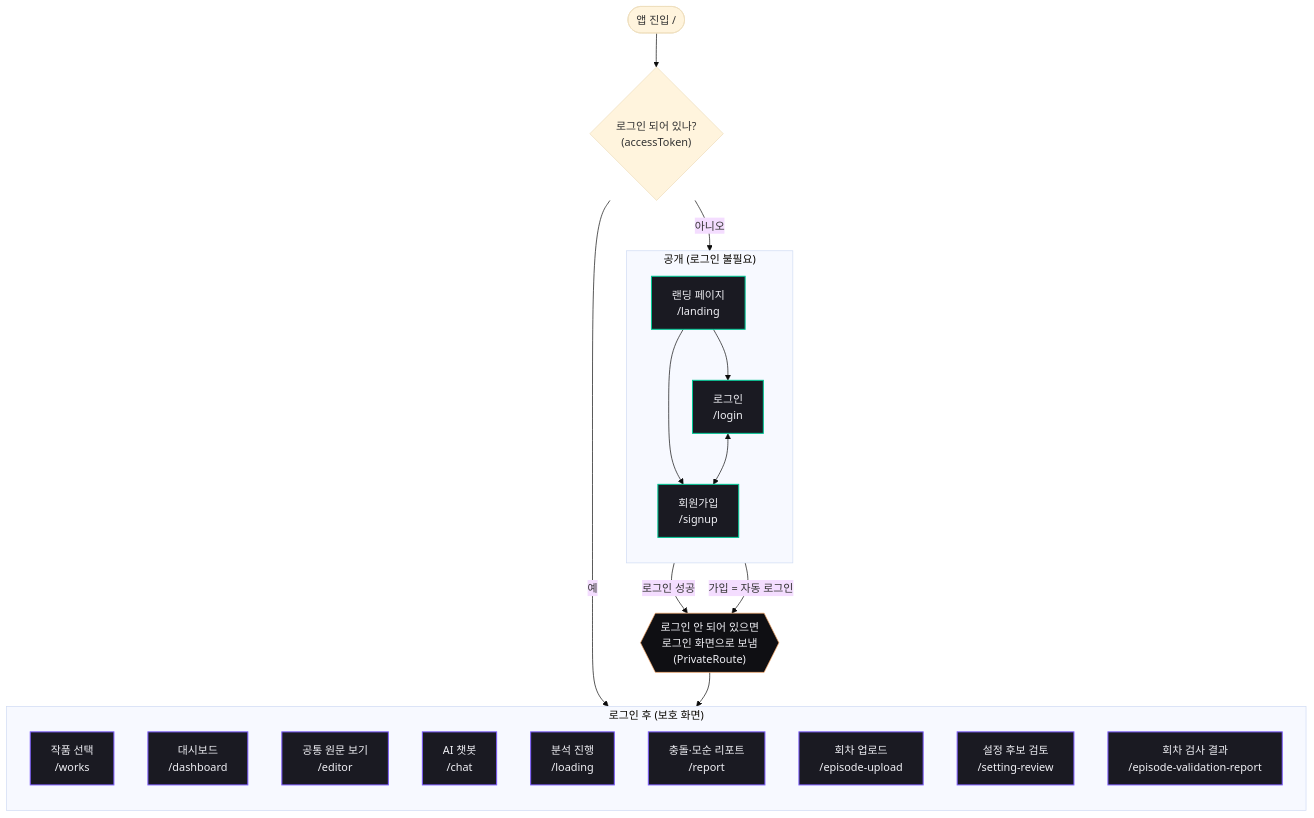
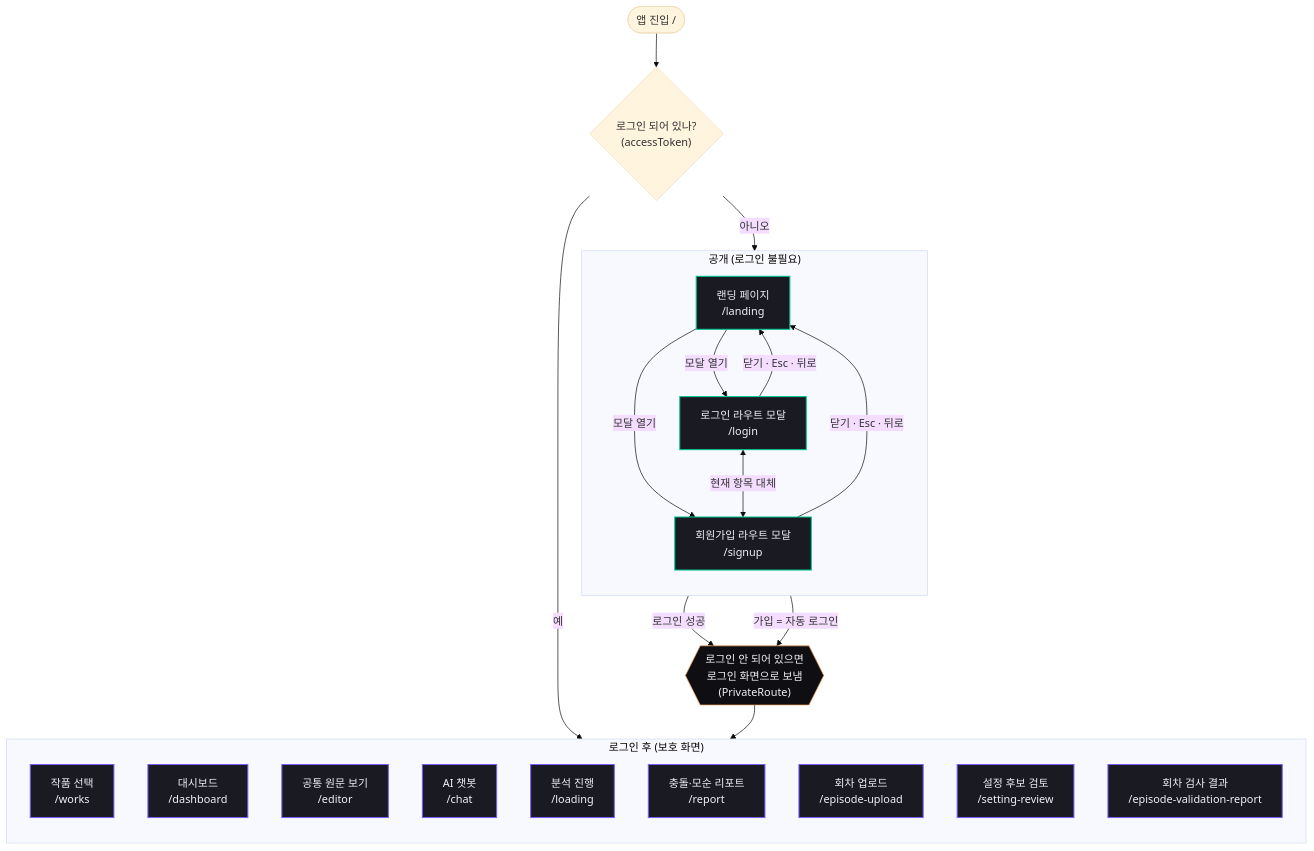
Before and after one commit to catchhole-soma/catchhole-front: the second of 7 diagrams in docs/screen-flow.md, drawn with Mermaid (base theme). The commit also changed other lines of this file and 18 other files, not shown here.

````diff
--- a/docs/screen-flow.md
+++ b/docs/screen-flow.md
@@ -70,44 +70,46 @@
 ```mermaid
 flowchart TD
   entry(["앱 진입 /"]) --> root{"로그인 되어 있나?<br/>(accessToken)"}
   root -- "아니오" --> landing
   root -- "예" --> works
 
   subgraph PUBLIC["공개 (로그인 불필요)"]
     direction TB
     landing["랜딩 페이지<br/>/landing"]
-    login["로그인<br/>/login"]
-    signup["회원가입<br/>/signup"]
+    login["로그인 라우트 모달<br/>/login"]
+    signup["회원가입 라우트 모달<br/>/signup"]
   end
 
-  landing --> login
-  landing --> signup
-  login <--> signup
+  landing -- "모달 열기" --> login
+  landing -- "모달 열기" --> signup
+  login <-->|"현재 항목 대체"| signup
+  login -- "닫기 · Esc · 뒤로" --> landing
+  signup -- "닫기 · Esc · 뒤로" --> landing
 
   login -- "로그인 성공" --> gate
   signup -- "가입 = 자동 로그인" --> gate
 
   gate{{"로그인 안 되어 있으면<br/>로그인 화면으로 보냄<br/>(PrivateRoute)"}}:::decision
 
   subgraph PRIVATE["로그인 후 (보호 화면)"]
     direction TB
     works["작품 선택<br/>/works"]
     dashboard["대시보드<br/>/dashboard"]
     editor["공통 원문 보기<br/>/editor"]
     chat["AI 챗봇<br/>/chat"]
     loading["분석 진행<br/>/loading"]
     report["충돌·모순 리포트<br/>/report"]
     upload["회차 업로드<br/>/episode-upload"]
     review["설정 후보 검토<br/>/setting-review"]
     valreport["회차 검사 결과<br/>/episode-validation-report"]
   end
 
   gate --> works
 
   classDef public fill:#1A1A22,stroke:#00C896,stroke-width:1.5px,color:#F0F0F5;
   classDef private fill:#1A1A22,stroke:#7C5CFC,stroke-width:1.5px,color:#F0F0F5;
   classDef decision fill:#0F0F13,stroke:#F4A261,color:#F0F0F5;
 
   class landing,login,signup public;
   class works,dashboard,editor,chat,loading,report,upload,review,valreport private;
 ```
````
